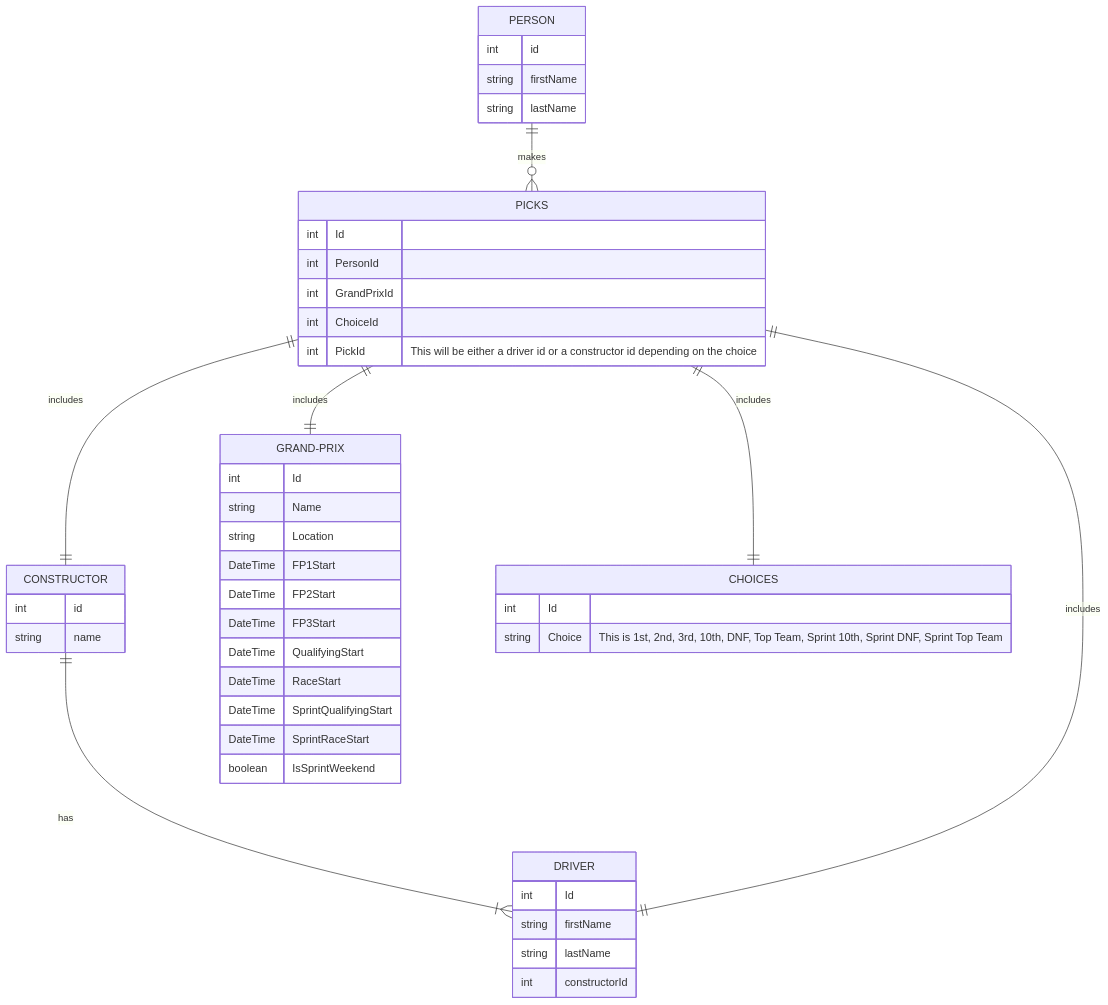
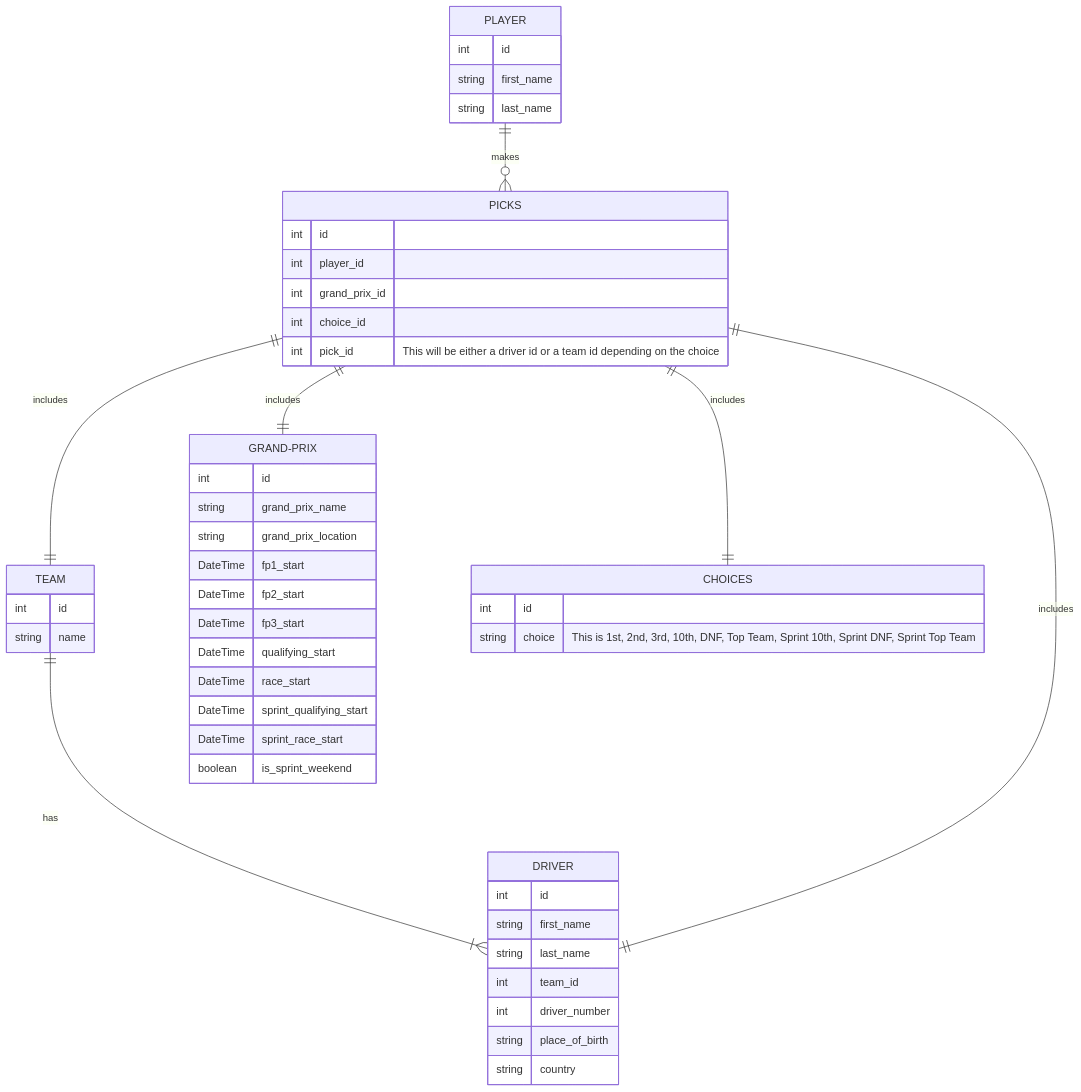
Before and after one commit to richarddubay/f1-fantasy-league: the second of 2 diagrams in README.md, drawn with Mermaid. The commit also changed other lines of this file, not shown here.

````diff
--- a/README.md
+++ b/README.md
@@ -65,57 +65,60 @@
 ```mermaid
 %%{init: {
   "theme": "default",
   "themeCSS": [
     ".er.entityBox { fill: #e10600; stroke: #cb0500; stroke-width: 2px}",
     ".er.attributeBoxEven { stroke: #cb0500 }",
     ".er.attributeBoxOdd { stroke: #cb0500 }"
   ]
 }}%%
 
 erDiagram
-  PERSON {
+  PLAYER {
     int id
-    string firstName
-    string lastName
+    string first_name
+    string last_name
   }
   DRIVER {
-    int Id
-    string firstName
-    string lastName
-    int constructorId
+    int id
+    string first_name
+    string last_name
+    int team_id
+    int driver_number
+    string place_of_birth
+    string country
   }
-  CONSTRUCTOR {
+  TEAM {
     int id
     string name
   }
   GRAND-PRIX {
-    int Id
-    string Name
-    string Location
-    DateTime FP1Start
-    DateTime FP2Start
-    DateTime FP3Start
-    DateTime QualifyingStart
-    DateTime RaceStart
-    DateTime SprintQualifyingStart
-    DateTime SprintRaceStart
-    boolean IsSprintWeekend
+    int id
+    string grand_prix_name
+    string grand_prix_location
+    DateTime fp1_start
+    DateTime fp2_start
+    DateTime fp3_start
+    DateTime qualifying_start
+    DateTime race_start
+    DateTime sprint_qualifying_start
+    DateTime sprint_race_start
+    boolean is_sprint_weekend
   }
   CHOICES {
-    int Id
-    string Choice "This is 1st, 2nd, 3rd, 10th, DNF, Top Team, Sprint 10th, Sprint DNF, Sprint Top Team"
+    int id
+    string choice "This is 1st, 2nd, 3rd, 10th, DNF, Top Team, Sprint 10th, Sprint DNF, Sprint Top Team"
   }
   PICKS {
-    int Id
-    int PersonId
-    int GrandPrixId
-    int ChoiceId
-    int PickId "This will be either a driver id or a constructor id depending on the choice"
+    int id
+    int player_id
+    int grand_prix_id
+    int choice_id
+    int pick_id "This will be either a driver id or a team id depending on the choice"
   }
-  PERSON ||--o{ PICKS : makes
-  CONSTRUCTOR ||--|{ DRIVER : has
+  PLAYER ||--o{ PICKS : makes
+  TEAM ||--|{ DRIVER : has
   PICKS ||--|| GRAND-PRIX : includes
   PICKS ||--|| CHOICES : includes
-  PICKS ||--|| CONSTRUCTOR : includes
+  PICKS ||--|| TEAM : includes
   PICKS ||--|| DRIVER : includes
 ```
````
